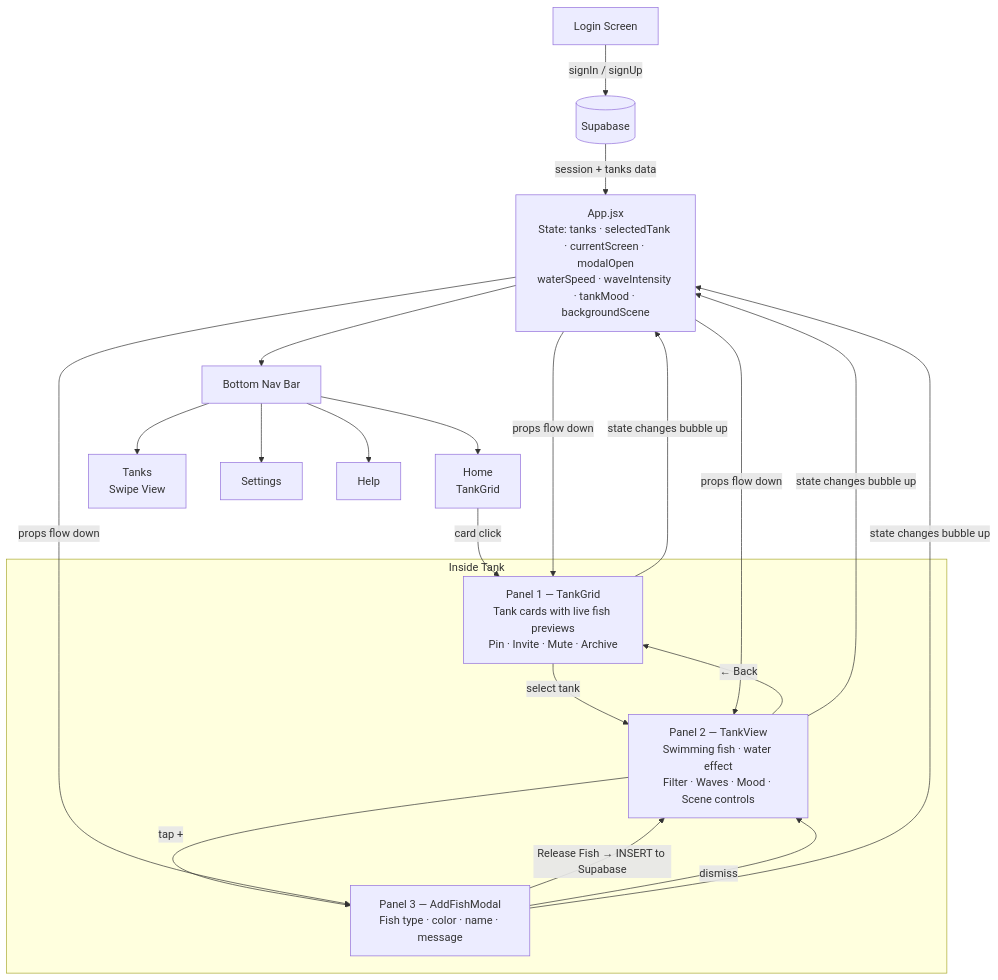
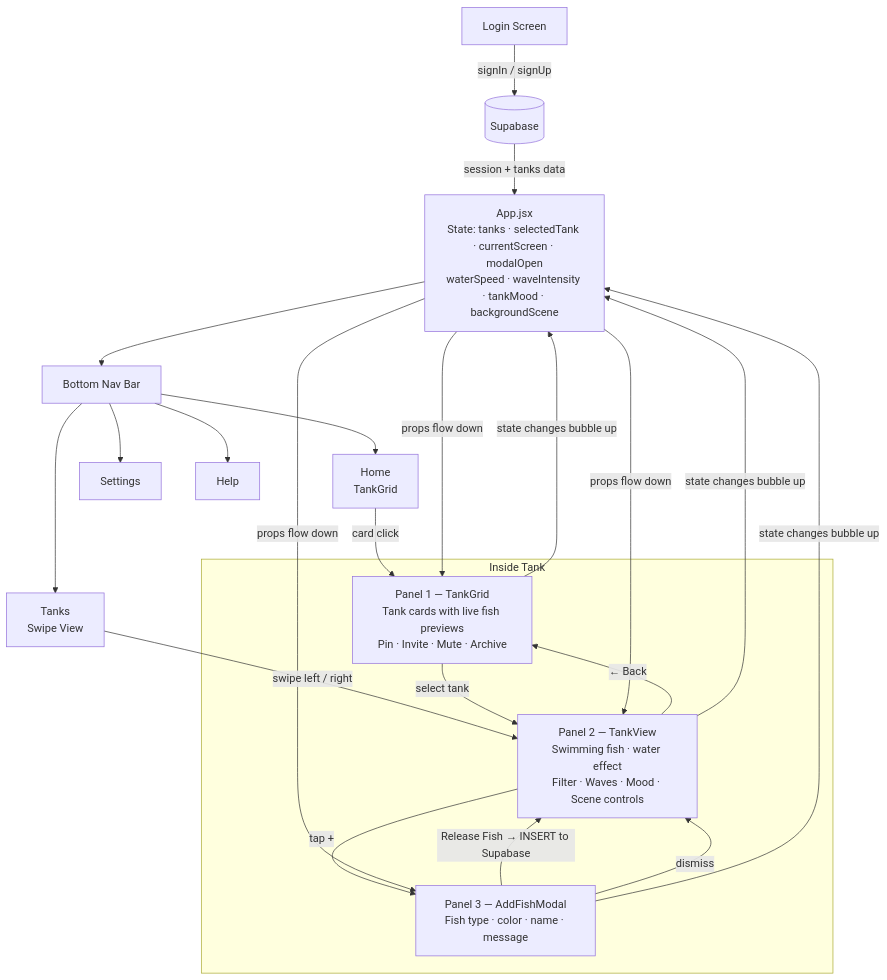
The diagram in README.md (akezi4h-dev/Fish-Tank), drawn with Mermaid before and after one commit.

Commit message:
Connect Tanks swipe view to tank panels in diagram — same TankView and AddFishModal, entered via swipe

````diff
--- a/README.md
+++ b/README.md
@@ -11,31 +11,32 @@
 ```mermaid
 flowchart TD
     A["Login Screen"] -->|"signIn / signUp"| B[(Supabase)]
     B -->|"session + tanks data"| C
 
     C["App.jsx\nState: tanks · selectedTank · currentScreen · modalOpen\nwaterSpeed · waveIntensity · tankMood · backgroundScene"]
 
     C --> NAV["Bottom Nav Bar"]
 
     NAV --> S1["Home\nTankGrid"]
     NAV --> S2["Tanks\nSwipe View"]
     NAV --> S3["Settings"]
     NAV --> S4["Help"]
 
     S1 -->|"card click"| P1
+    S2 -->|"swipe left / right"| P2
 
     subgraph TANK["Inside Tank"]
         P1["Panel 1 — TankGrid\nTank cards with live fish previews\nPin · Invite · Mute · Archive"]
         P2["Panel 2 — TankView\nSwimming fish · water effect\nFilter · Waves · Mood · Scene controls"]
         P3["Panel 3 — AddFishModal\nFish type · color · name · message"]
 
         P1 -->|"select tank"| P2
         P2 -->|"tap +"| P3
         P3 -->|"Release Fish → INSERT to Supabase"| P2
         P3 -->|"dismiss"| P2
         P2 -->|"← Back"| P1
     end
 
     P1 & P2 & P3 -->|"state changes bubble up"| C
     C -->|"props flow down"| P1 & P2 & P3
 ```
````
